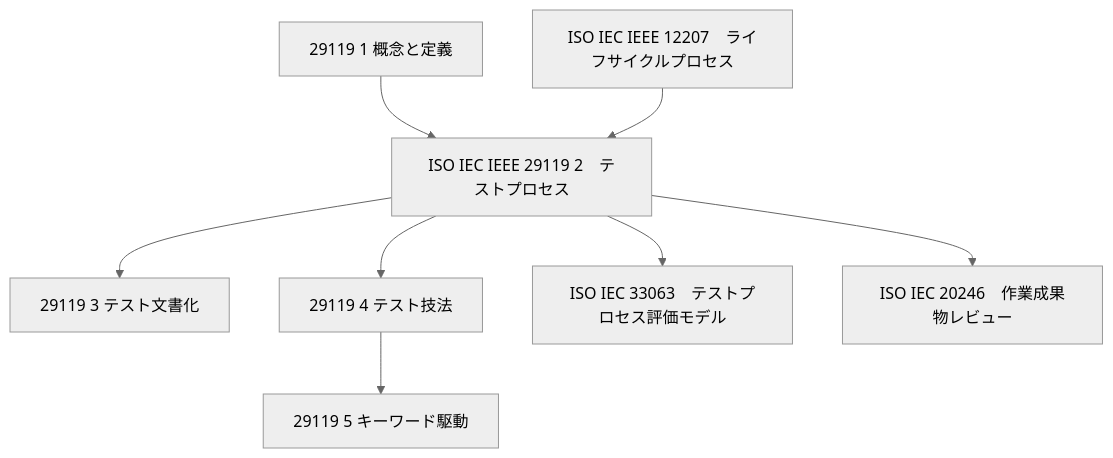
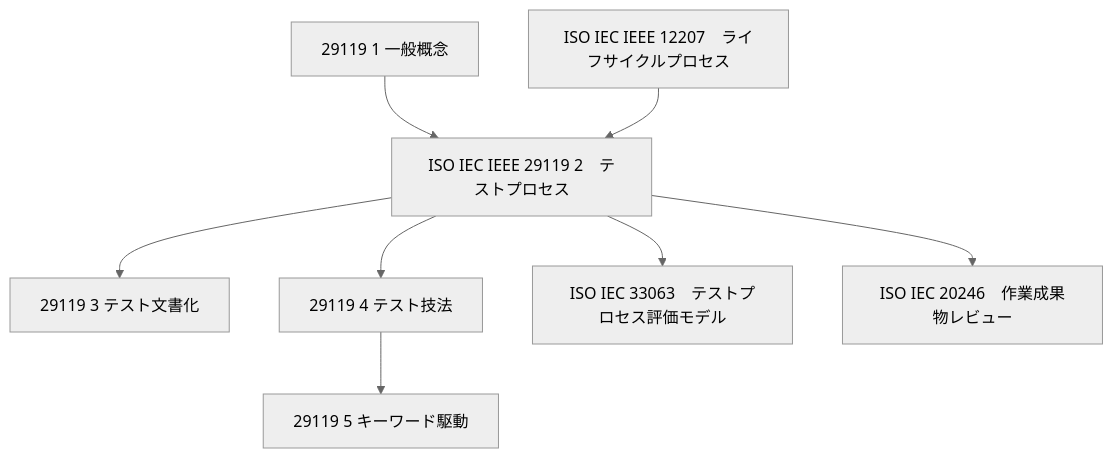
Before and after one commit to myoshi2891/Quality-Assurance-Studies: diagram 15 of 17 in Iso-29119-2-test-processes-guide.md, drawn with Mermaid (neutral theme). The commit also changed other lines of this file and 2 other files, not shown here.

````diff
--- a/Iso-29119-2-test-processes-guide.md
+++ b/Iso-29119-2-test-processes-guide.md
@@ -842,18 +842,18 @@
 ```mermaid
 flowchart TD
     RL1["ISO IEC IEEE 29119 2　テストプロセス"]
-    RL2["29119 1 概念と定義"]
+    RL2["29119 1 一般概念"]
     RL3["29119 3 テスト文書化"]
     RL4["29119 4 テスト技法"]
     RL5["29119 5 キーワード駆動"]
     RL6["ISO IEC 33063　テストプロセス評価モデル"]
     RL7["ISO IEC IEEE 12207　ライフサイクルプロセス"]
     RL8["ISO IEC 20246　作業成果物レビュー"]
     RL2 --> RL1
     RL1 --> RL3
     RL1 --> RL4
     RL4 --> RL5
     RL1 --> RL6
     RL7 --> RL1
     RL1 --> RL8
 ```
````
